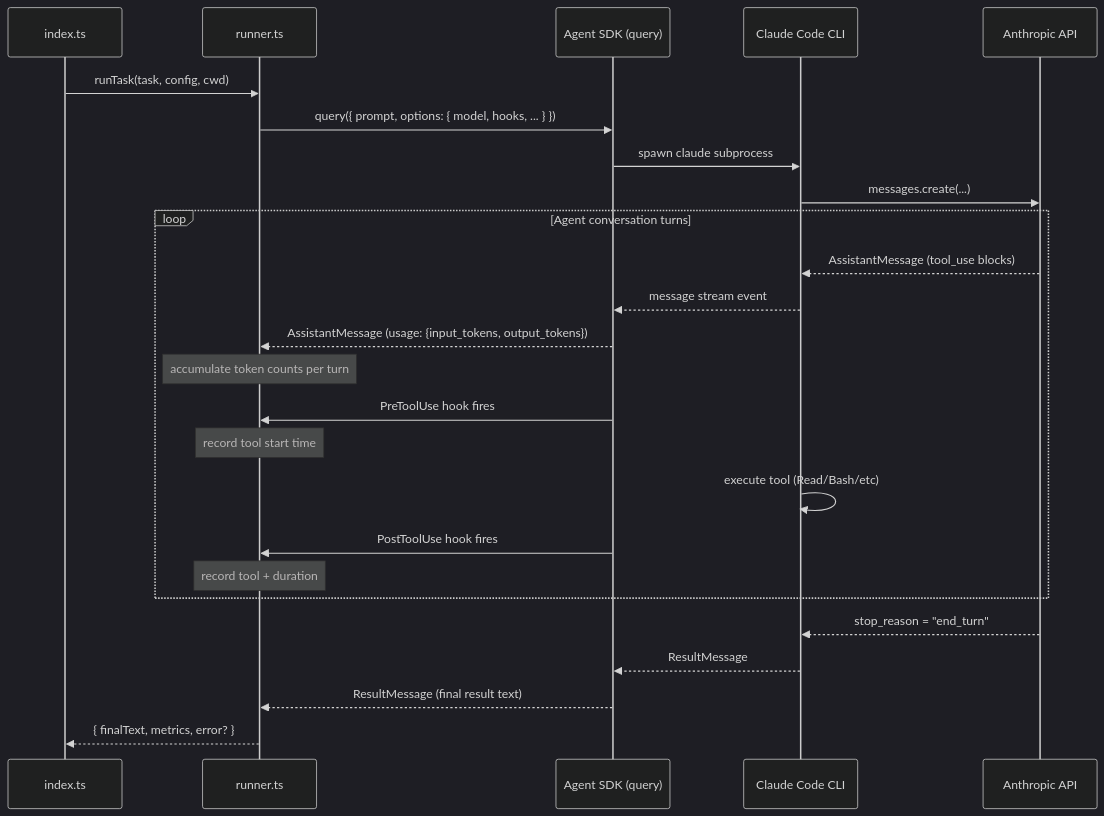
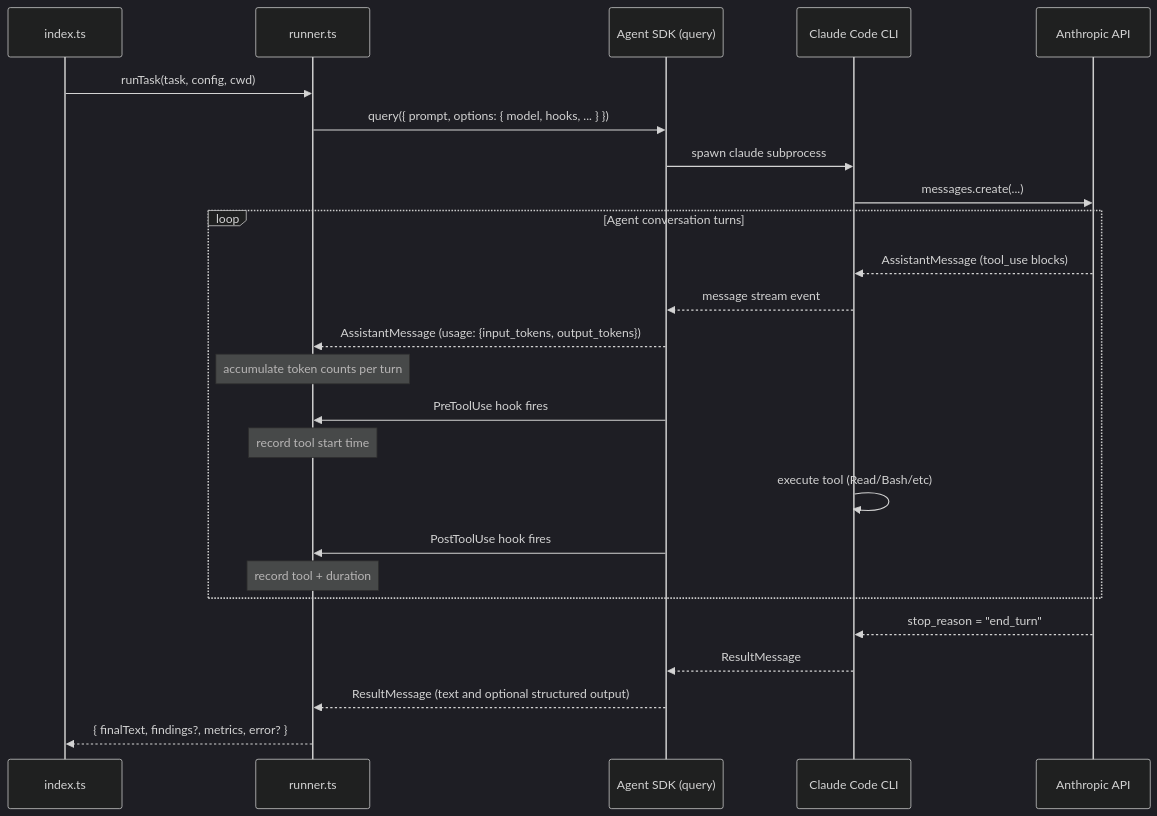
Before and after one commit to snyk-labs/snyk-vulnbench: the fourth of 6 diagrams in docs/benchmark.md, drawn with Mermaid (dark theme). The commit also changed other lines of this file and 25 other files, not shown here.

````diff
--- a/docs/benchmark.md
+++ b/docs/benchmark.md
@@ -507,30 +507,30 @@
 ```mermaid
 sequenceDiagram
     participant I as index.ts
     participant R as runner.ts
     participant SDK as Agent SDK (query)
     participant CC as Claude Code CLI
     participant API as Anthropic API
 
     I->>R: runTask(task, config, cwd)
     R->>SDK: query({ prompt, options: { model, hooks, ... } })
     SDK->>CC: spawn claude subprocess
     CC->>API: messages.create(...)
 
     loop Agent conversation turns
         API-->>CC: AssistantMessage (tool_use blocks)
         CC-->>SDK: message stream event
         SDK-->>R: AssistantMessage (usage: {input_tokens, output_tokens})
         Note over R: accumulate token counts per turn
         SDK->>R: PreToolUse hook fires
         Note over R: record tool start time
         CC->>CC: execute tool (Read/Bash/etc)
         SDK->>R: PostToolUse hook fires
         Note over R: record tool + duration
     end
 
     API-->>CC: stop_reason = "end_turn"
     CC-->>SDK: ResultMessage
-    SDK-->>R: ResultMessage (final result text)
-    R-->>I: { finalText, metrics, error? }
+    SDK-->>R: ResultMessage (text and optional structured output)
+    R-->>I: { finalText, findings?, metrics, error? }
 ```
````
